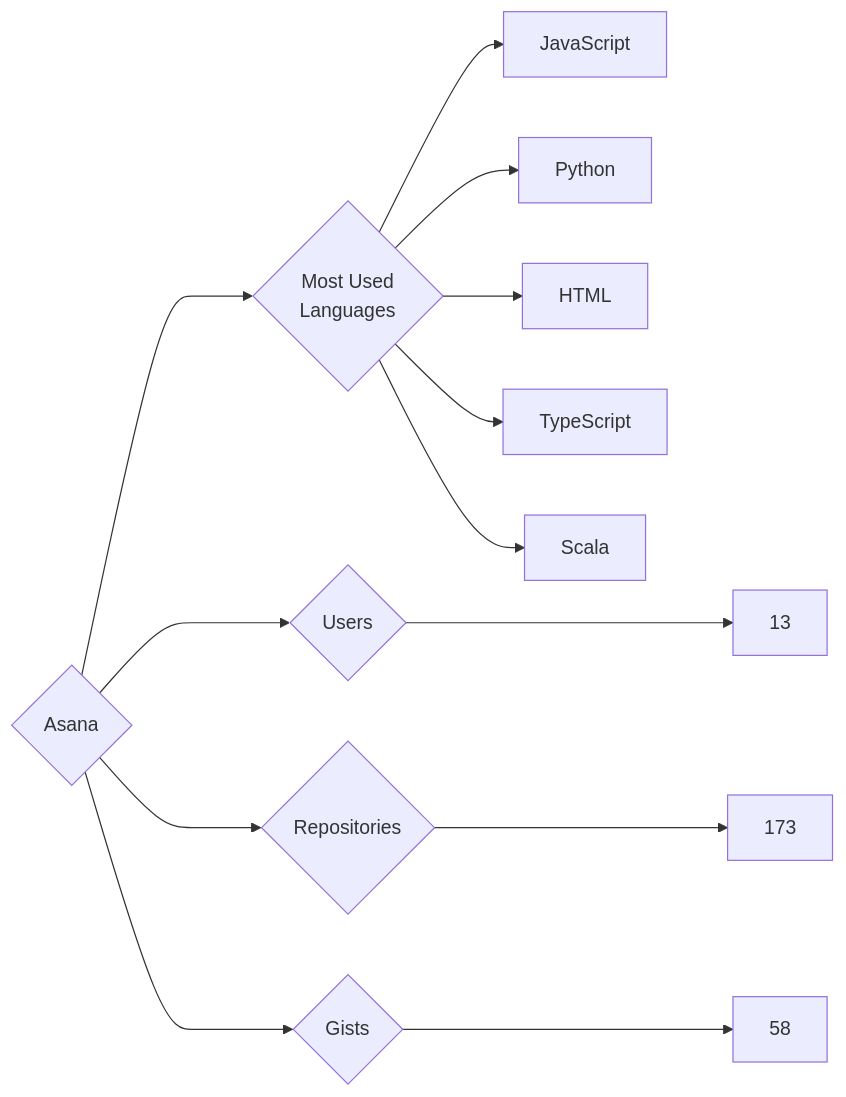
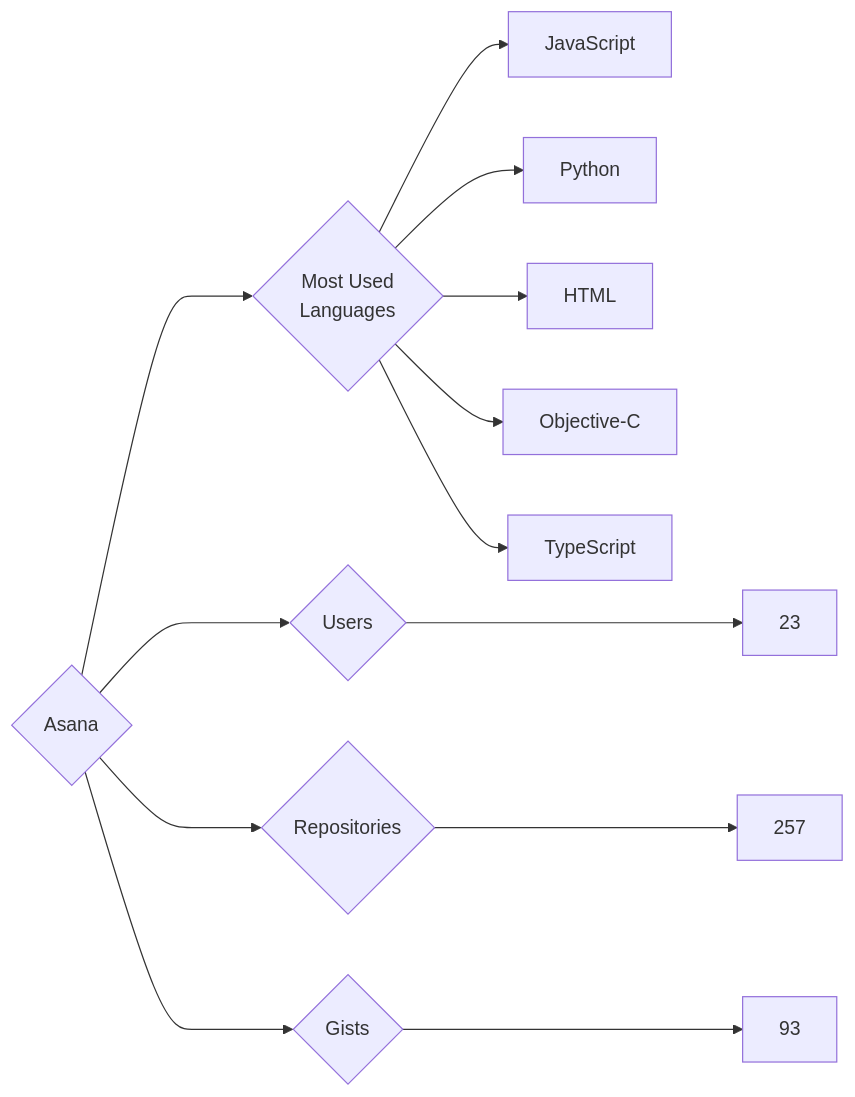
Before and after one commit to trickest/insiders: the diagram in targets/Asana/README.md, drawn with Mermaid. The commit also changed 1314 other files, not shown here.

````diff
--- a/targets/Asana/README.md
+++ b/targets/Asana/README.md
@@ -3,13 +3,13 @@
 ```mermaid
 graph LR
 COMPANY_NAME{Asana}
-COMPANY_NAME ---> U{Users} ---> UN[13]
-COMPANY_NAME ---> R{Repositories} ---> RN[173]
-COMPANY_NAME ---> G{Gists} ---> GN[58]
+COMPANY_NAME ---> U{Users} ---> UN[23]
+COMPANY_NAME ---> R{Repositories} ---> RN[257]
+COMPANY_NAME ---> G{Gists} ---> GN[93]
 COMPANY_NAME ---> ML{Most Used<br>Languages}
 ML --> JavaScript[JavaScript]
 ML --> Python[Python]
 ML --> HTML[HTML]
+ML --> Objective-C[Objective-C]
 ML --> TypeScript[TypeScript]
-ML --> Scala[Scala]
 ```
````
